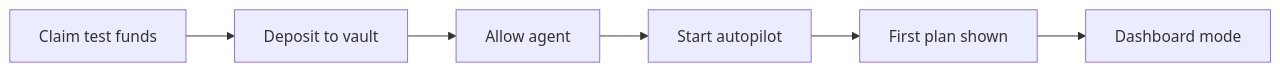
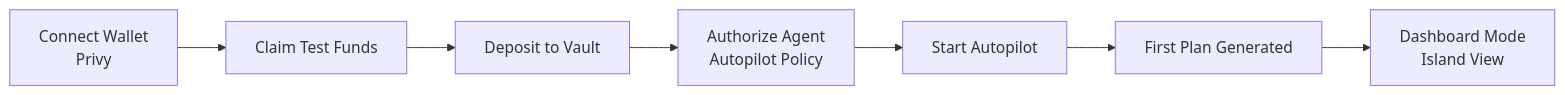
The second of 12 diagrams in README.md (Gardenaz/app), drawn with Mermaid before and after one commit. The commit also changed other lines of this file, not shown here.

Commit message:
docs: overhaul README with comprehensive architecture, design system, and product flow documentation

````diff
--- a/README.md
+++ b/README.md
@@ -32,8 +97,9 @@
 ```mermaid
 flowchart LR
-    A[Claim test funds] --> B[Deposit to vault]
-    B --> C[Allow agent]
-    C --> D[Start autopilot]
-    D --> E[First plan shown]
-    E --> F[Dashboard mode]
+    A[Connect Wallet<br/>Privy] --> B[Claim Test Funds]
+    B --> C[Deposit to Vault]
+    C --> D[Authorize Agent<br/>Autopilot Policy]
+    D --> E[Start Autopilot]
+    E --> F[First Plan Generated]
+    F --> G[Dashboard Mode<br/>Island View]
 ```
````
